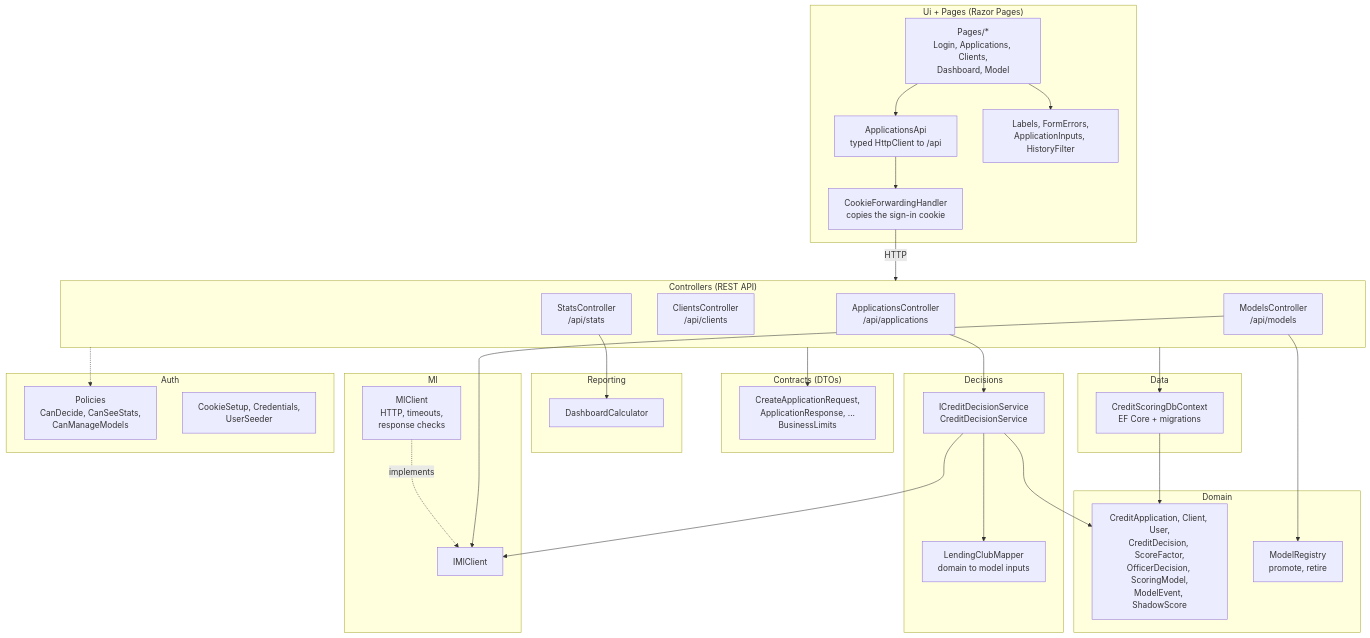
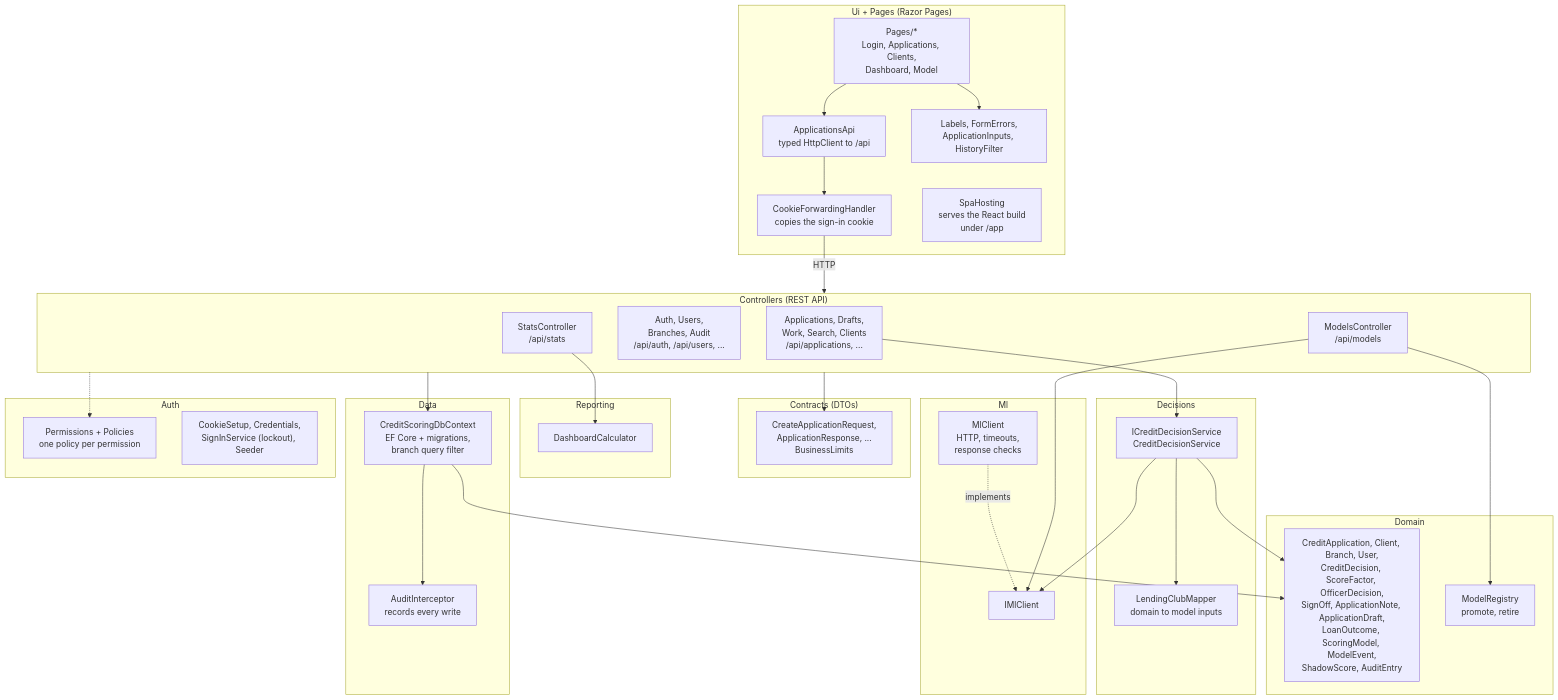
Before and after one commit to dejan3dejan/credit-scoring-dss: the diagram in architecture/03-backend-components.md, drawn with Mermaid. The commit also changed 12 other files, not shown here.

Commit message:
Show the React app in the container, component and roadmap diagrams

````diff
--- a/architecture/03-backend-components.md
+++ b/architecture/03-backend-components.md
@@ -5,64 +5,67 @@
 ```mermaid
 flowchart TB
     subgraph ui["Ui + Pages (Razor Pages)"]
         pagesC["Pages/*<br/>Login, Applications, Clients,<br/>Dashboard, Model"]
         appsApi["ApplicationsApi<br/>typed HttpClient to /api"]
         fwd["CookieForwardingHandler<br/>copies the sign-in cookie"]
         helpers["Labels, FormErrors,<br/>ApplicationInputs, HistoryFilter"]
+        spaHost["SpaHosting<br/>serves the React build<br/>under /app"]
         pagesC --> appsApi --> fwd
         pagesC --> helpers
     end
 
     subgraph controllers["Controllers (REST API)"]
-        appsCtl["ApplicationsController<br/>/api/applications"]
-        clientsCtl["ClientsController<br/>/api/clients"]
+        appsCtl["Applications, Drafts,<br/>Work, Search, Clients<br/>/api/applications, ..."]
+        adminCtl["Auth, Users,<br/>Branches, Audit<br/>/api/auth, /api/users, ..."]
         modelsCtl["ModelsController<br/>/api/models"]
         statsCtl["StatsController<br/>/api/stats"]
     end
 
     subgraph contracts["Contracts (DTOs)"]
         dtos["CreateApplicationRequest,<br/>ApplicationResponse, ...<br/>BusinessLimits"]
     end
 
     subgraph decisions["Decisions"]
         svc["ICreditDecisionService<br/>CreditDecisionService"]
         mapper["LendingClubMapper<br/>domain to model inputs"]
         svc --> mapper
     end
 
     subgraph domain["Domain"]
-        entities["CreditApplication, Client, User,<br/>CreditDecision, ScoreFactor,<br/>OfficerDecision, ScoringModel,<br/>ModelEvent, ShadowScore"]
+        entities["CreditApplication, Client, Branch, User,<br/>CreditDecision, ScoreFactor, OfficerDecision,<br/>SignOff, ApplicationNote, ApplicationDraft,<br/>LoanOutcome, ScoringModel, ModelEvent,<br/>ShadowScore, AuditEntry"]
         registry["ModelRegistry<br/>promote, retire"]
     end
 
     subgraph ml["Ml"]
         imlclient["IMlClient"]
         mlclient["MlClient<br/>HTTP, timeouts,<br/>response checks"]
         mlclient -. implements .-> imlclient
     end
 
     subgraph reporting["Reporting"]
         dash["DashboardCalculator"]
     end
 
     subgraph data["Data"]
-        dbctx["CreditScoringDbContext<br/>EF Core + migrations"]
+        dbctx["CreditScoringDbContext<br/>EF Core + migrations,<br/>branch query filter"]
+        auditI["AuditInterceptor<br/>records every write"]
+        dbctx --> auditI
     end
 
     subgraph auth["Auth"]
-        policies["Policies<br/>CanDecide, CanSeeStats,<br/>CanManageModels"]
-        cookie["CookieSetup, Credentials,<br/>UserSeeder"]
+        policies["Permissions + Policies<br/>one policy per permission"]
+        cookie["CookieSetup, Credentials,<br/>SignInService (lockout), Seeder"]
     end
 
     fwd -- HTTP --> controllers
     controllers --> dtos
     appsCtl --> svc
     modelsCtl --> registry
     modelsCtl --> imlclient
     statsCtl --> dash
     svc --> imlclient
     svc --> entities
     controllers --> dbctx
     dbctx --> entities
     controllers -.-> policies
 ```
````
